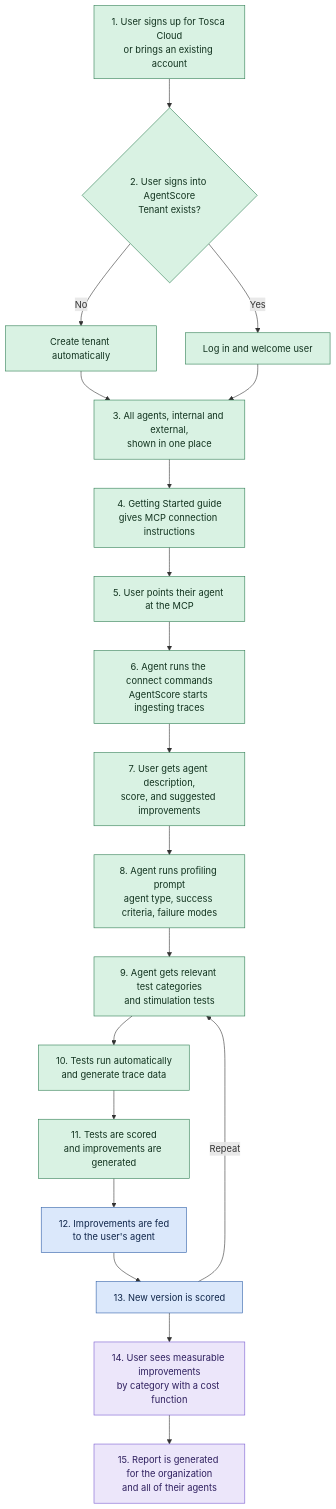
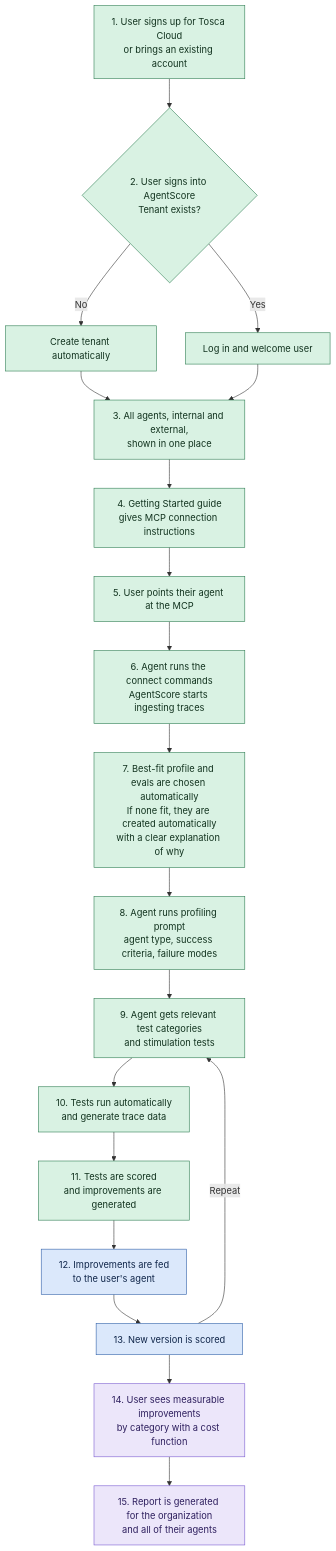
The diagram in planning/roadmap/2026-10-20-agentscore-beta-roadmap.md (ADemers-tricentis/agent-score), drawn with Mermaid before and after one commit. The commit also changed other lines of this file and 28 other files, not shown here.

````diff
--- a/planning/roadmap/2026-10-20-agentscore-beta-roadmap.md
+++ b/planning/roadmap/2026-10-20-agentscore-beta-roadmap.md
@@ -20,36 +20,36 @@
 ```mermaid
 flowchart TD
     S1["1. User signs up for Tosca Cloud<br/>or brings an existing account"]
     S2{"2. User signs into AgentScore<br/>Tenant exists?"}
     S2a["Create tenant automatically"]
     S2b["Log in and welcome user"]
     S3["3. All agents, internal and external,<br/>shown in one place"]
     S4["4. Getting Started guide<br/>gives MCP connection instructions"]
     S5["5. User points their agent at the MCP"]
     S6["6. Agent runs the connect commands<br/>AgentScore starts ingesting traces"]
-    S7["7. User gets agent description,<br/>score, and suggested improvements"]
+    S7["7. Best-fit profile and evals are chosen automatically<br/>If none fit, they are created automatically<br/>with a clear explanation of why"]
 
     S8["8. Agent runs profiling prompt<br/>agent type, success criteria, failure modes"]
     S9["9. Agent gets relevant test categories<br/>and stimulation tests"]
     S10["10. Tests run automatically<br/>and generate trace data"]
     S11["11. Tests are scored<br/>and improvements are generated"]
     S12["12. Improvements are fed<br/>to the user's agent"]
     S13["13. New version is scored"]
     S14["14. User sees measurable improvements<br/>by category with a cost function"]
     S15["15. Report is generated for the organization<br/>and all of their agents"]
 
     S1 --> S2
     S2 -->|No| S2a --> S3
     S2 -->|Yes| S2b --> S3
     S3 --> S4 --> S5 --> S6 --> S7
     S7 --> S8 --> S9 --> S10 --> S11 --> S12 --> S13
     S13 -->|Repeat| S9
     S13 --> S14 --> S15
 
     classDef now fill:#d9f2e3,stroke:#2e7d52,color:#12331f
     classDef next fill:#dbe8fb,stroke:#2f5fa8,color:#10264a
     class S1,S2,S2a,S2b,S3,S4,S5,S6,S7,S8,S9,S10,S11 now
     classDef later fill:#ece6fa,stroke:#7a5bd0,color:#2e1f5e
     class S12,S13 next
     class S14,S15 later
 ```
````
